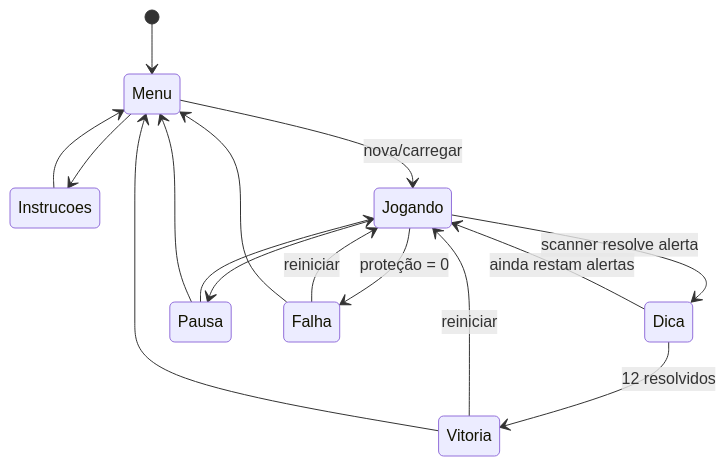
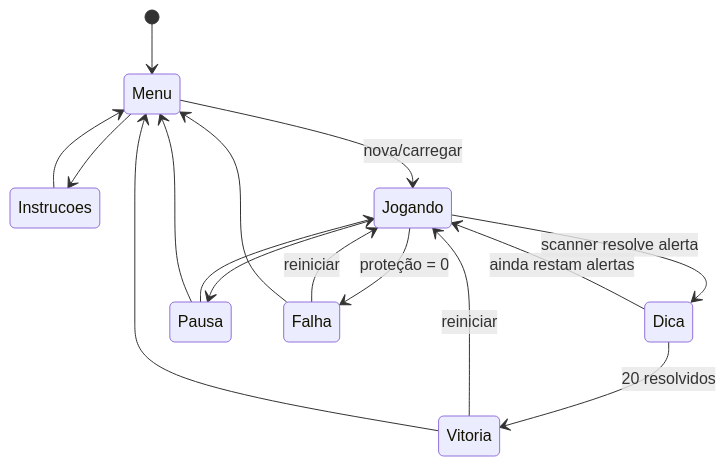
Before and after one commit to Felipe-tech30/missao-cibersegura-df: the fourth of 5 diagrams in docs/architecture/arquitetura.md, drawn with Mermaid. The commit also changed other lines of this file and 16 other files, not shown here.

````diff
--- a/docs/architecture/arquitetura.md
+++ b/docs/architecture/arquitetura.md
@@ -89,18 +89,18 @@
 ```mermaid
 stateDiagram-v2
     [*] --> Menu
     Menu --> Instrucoes
     Instrucoes --> Menu
     Menu --> Jogando: nova/carregar
     Jogando --> Dica: scanner resolve alerta
     Dica --> Jogando: ainda restam alertas
-    Dica --> Vitoria: 12 resolvidos
+    Dica --> Vitoria: 20 resolvidos
     Jogando --> Pausa
     Pausa --> Jogando
     Pausa --> Menu
     Jogando --> Falha: proteção = 0
     Falha --> Jogando: reiniciar
     Vitoria --> Jogando: reiniciar
     Falha --> Menu
     Vitoria --> Menu
 ```
````
